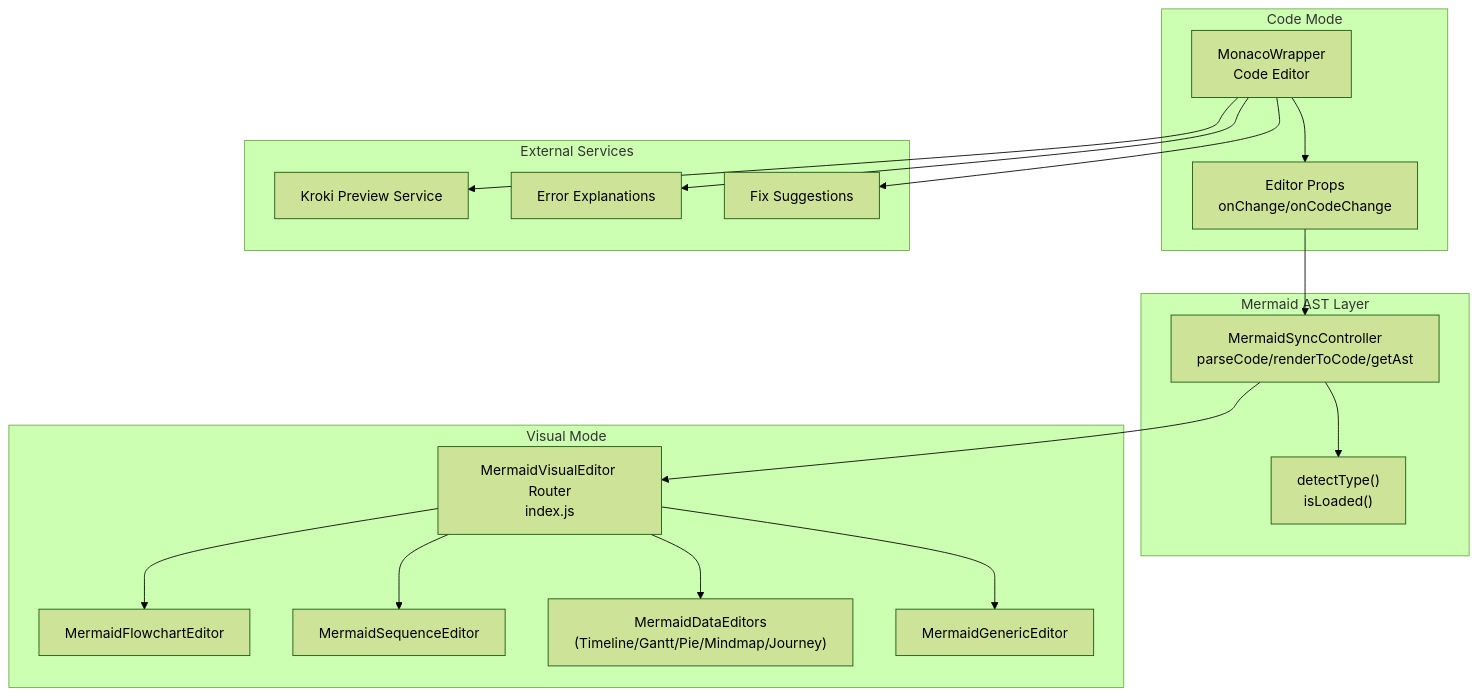
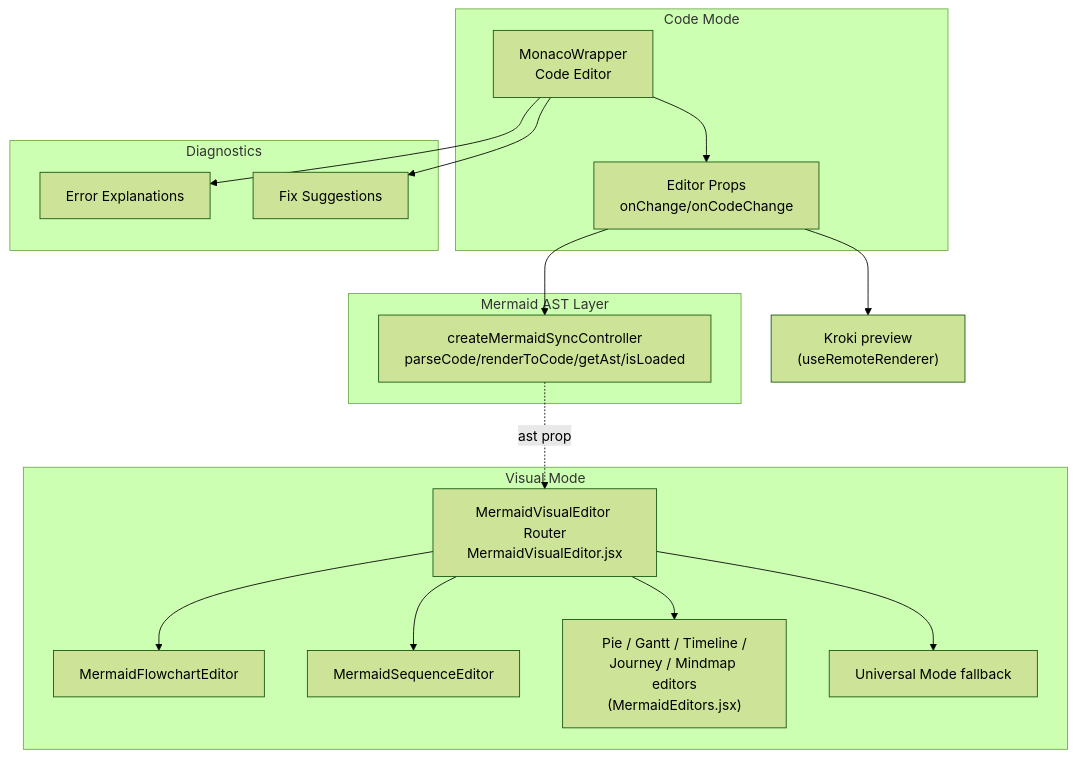
Before and after one commit to ongchonghian/universal-diagram-editor: the first of 6 diagrams in .qoder/repowiki/en/content/Editor Architecture/Synchronization Mechanisms.md, drawn with Mermaid (forest theme). The commit also changed other lines of this file and 31 other files, not shown here.

````diff
--- a/.qoder/repowiki/en/content/Editor Architecture/Synchronization Mechanisms.md
+++ b/.qoder/repowiki/en/content/Editor Architecture/Synchronization Mechanisms.md
@@ -42,34 +39,32 @@
 ```mermaid
 graph TB
 subgraph "Code Mode"
 MW["MonacoWrapper<br/>Code Editor"]
 ED["Editor Props<br/>onChange/onCodeChange"]
 end
 subgraph "Mermaid AST Layer"
-MSC["MermaidSyncController<br/>parseCode/renderToCode/getAst"]
-DET["detectType()<br/>isLoaded()"]
+MSC["createMermaidSyncController<br/>parseCode/renderToCode/getAst/isLoaded"]
 end
 subgraph "Visual Mode"
-MVE["MermaidVisualEditor Router<br/>index.js"]
+MVE["MermaidVisualEditor Router<br/>MermaidVisualEditor.jsx"]
 FCE["MermaidFlowchartEditor"]
 MSE["MermaidSequenceEditor"]
-MDE["MermaidDataEditors<br/>(Timeline/Gantt/Pie/Mindmap/Journey)"]
-GEN["MermaidGenericEditor"]
+MDE["Pie / Gantt / Timeline /<br/>Journey / Mindmap editors<br/>(MermaidEditors.jsx)"]
+GEN["Universal Mode fallback"]
 end
-subgraph "External Services"
-KROKI["Kroki Preview Service"]
+subgraph "Diagnostics"
 EXPL["Error Explanations"]
 FIX["Fix Suggestions"]
 end
+KROKI["Kroki preview<br/>(useRemoteRenderer)"]
 MW --> ED
 ED --> MSC
-MSC --> DET
-MSC --> MVE
+MSC -. "ast prop" .-> MVE
 MVE --> FCE
 MVE --> MSE
 MVE --> MDE
 MVE --> GEN
-MW --> KROKI
+ED --> KROKI
 MW --> EXPL
 MW --> FIX
 ```
````
